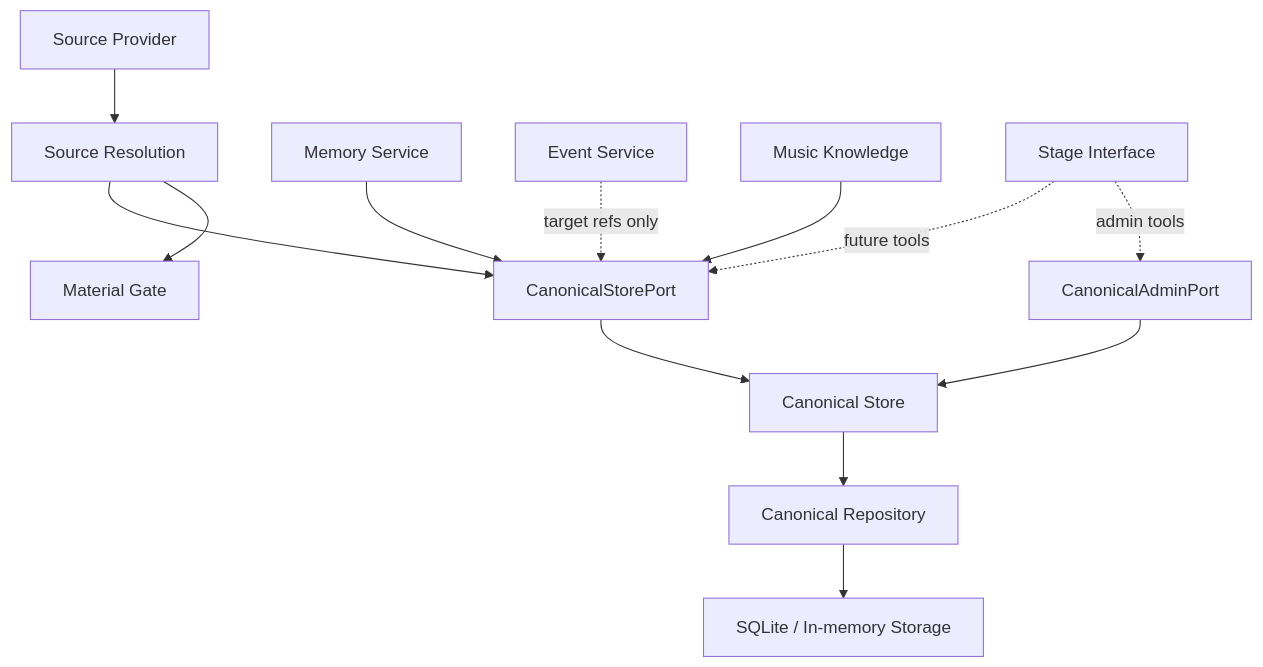
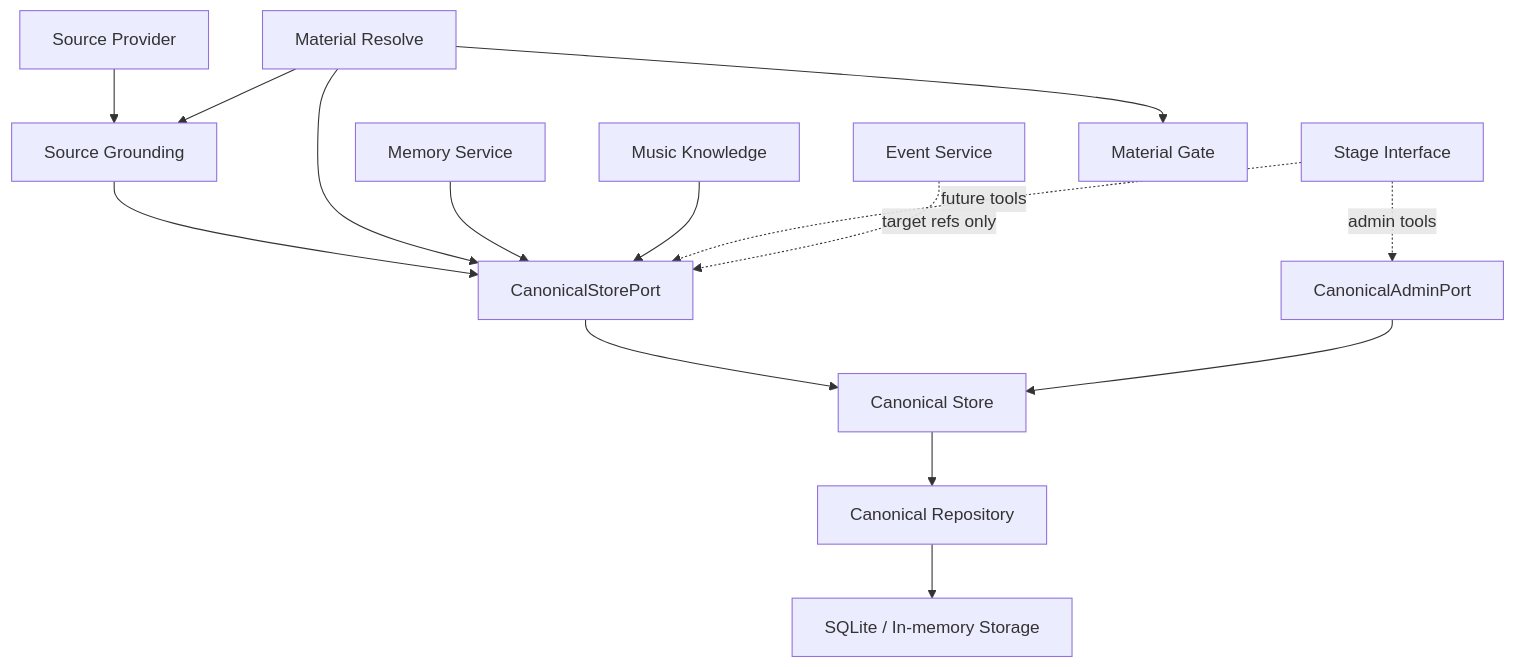
The first of 2 diagrams in docs/canonical-store/design.md (Odefined/MineMusic), drawn with Mermaid before and after one commit. The commit also changed other lines of this file and 33 other files, not shown here.

Commit message:
Split material resolve from source grounding

````diff
--- a/docs/canonical-store/design.md
+++ b/docs/canonical-store/design.md
@@ -100,28 +100,31 @@
 ```mermaid
 flowchart TD
-    SourceResolution["Source Resolution"]
+    MaterialResolve["Material Resolve"]
+    SourceGrounding["Source Grounding"]
     Memory["Memory Service"]
     Events["Event Service"]
     Knowledge["Music Knowledge"]
     StageInterface["Stage Interface"]
     CanonicalPort["CanonicalStorePort"]
     AdminPort["CanonicalAdminPort"]
     CanonicalStore["Canonical Store"]
     Repository["Canonical Repository"]
     Storage["SQLite / In-memory Storage"]
     Provider["Source Provider"]
     MaterialGate["Material Gate"]
 
-    Provider --> SourceResolution
-    SourceResolution --> CanonicalPort
+    Provider --> SourceGrounding
+    SourceGrounding --> CanonicalPort
+    MaterialResolve --> SourceGrounding
+    MaterialResolve --> CanonicalPort
     Memory --> CanonicalPort
     Knowledge --> CanonicalPort
     StageInterface -. future tools .-> CanonicalPort
     StageInterface -. admin tools .-> AdminPort
     Events -. target refs only .-> CanonicalPort
     CanonicalPort --> CanonicalStore
     AdminPort --> CanonicalStore
     CanonicalStore --> Repository
     Repository --> Storage
-    SourceResolution --> MaterialGate
+    MaterialResolve --> MaterialGate
 ```
````
